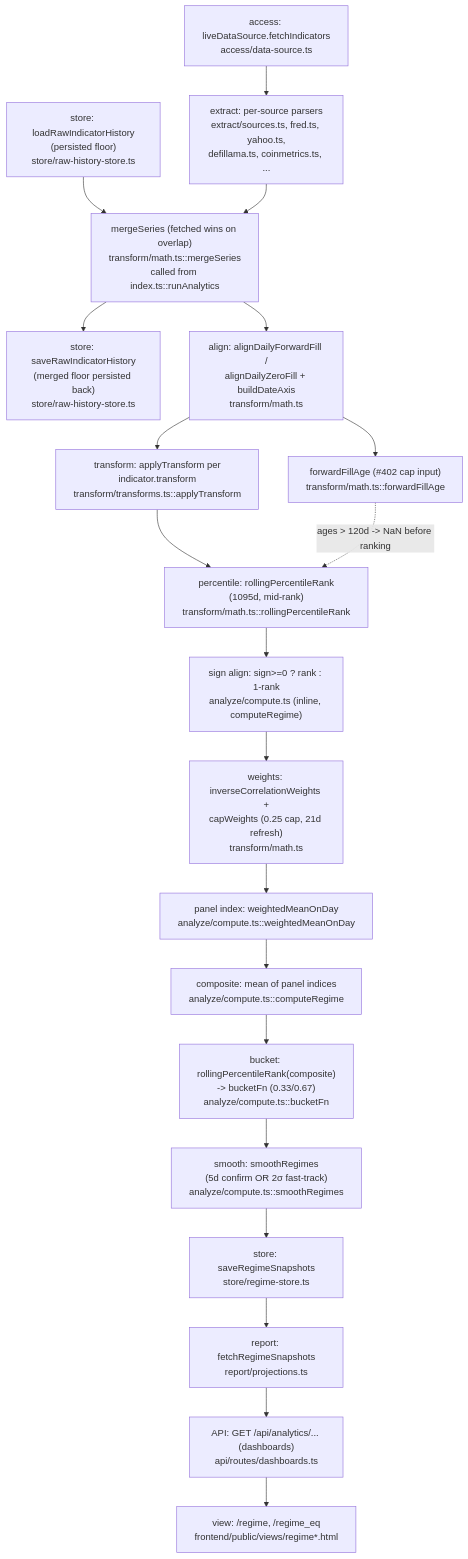
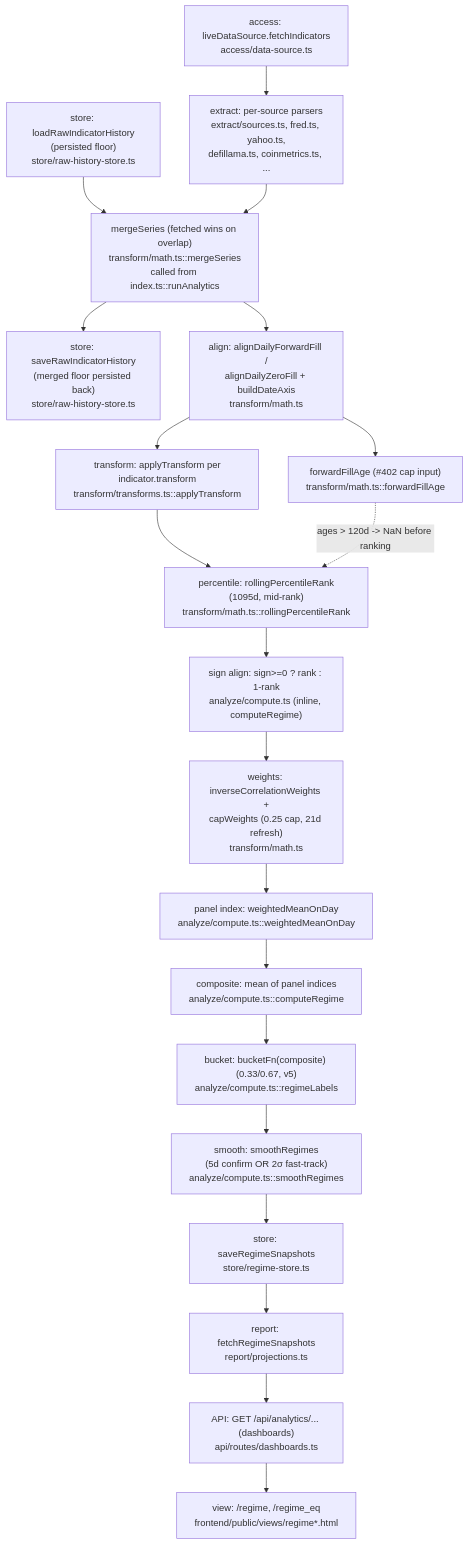
Before and after one commit to robotmoney/robotmoney-frontend: the diagram in docs/technical/regime-engine.md, drawn with Mermaid. The commit also changed other lines of this file and 29 other files, not shown here.

First line of the commit message:
fix(regime): cut the label on the composite, not on a second ranking of it (methodology v5)

````diff
--- a/docs/technical/regime-engine.md
+++ b/docs/technical/regime-engine.md
@@ -280,22 +297,22 @@
 ```mermaid
 flowchart TD
     A["access: liveDataSource.fetchIndicators\naccess/data-source.ts"] --> B["extract: per-source parsers\nextract/sources.ts, fred.ts, yahoo.ts,\ndefillama.ts, coinmetrics.ts, ..."]
     F["store: loadRawIndicatorHistory\n(persisted floor)\nstore/raw-history-store.ts"] --> M
     B --> M["mergeSeries (fetched wins on overlap)\ntransform/math.ts::mergeSeries\ncalled from index.ts::runAnalytics"]
     M --> G["store: saveRawIndicatorHistory\n(merged floor persisted back)\nstore/raw-history-store.ts"]
     M --> H["align: alignDailyForwardFill /\nalignDailyZeroFill + buildDateAxis\ntransform/math.ts"]
     H --> I["transform: applyTransform per\nindicator.transform\ntransform/transforms.ts::applyTransform"]
     H --> AGE["forwardFillAge (#402 cap input)\ntransform/math.ts::forwardFillAge"]
     I --> J["percentile: rollingPercentileRank\n(1095d, mid-rank)\ntransform/math.ts::rollingPercentileRank"]
     AGE -. "ages > 120d -> NaN before ranking" .-> J
     J --> K["sign align: sign>=0 ? rank : 1-rank\nanalyze/compute.ts (inline, computeRegime)"]
     K --> L["weights: inverseCorrelationWeights +\ncapWeights (0.25 cap, 21d refresh)\ntransform/math.ts"]
     L --> N["panel index: weightedMeanOnDay\nanalyze/compute.ts::weightedMeanOnDay"]
     N --> O["composite: mean of panel indices\nanalyze/compute.ts::computeRegime"]
-    O --> P["bucket: rollingPercentileRank(composite)\n-> bucketFn (0.33/0.67)\nanalyze/compute.ts::bucketFn"]
+    O --> P["bucket: bucketFn(composite) (0.33/0.67, v5)\nanalyze/compute.ts::regimeLabels"]
     P --> Q["smooth: smoothRegimes\n(5d confirm OR 2σ fast-track)\nanalyze/compute.ts::smoothRegimes"]
     Q --> R["store: saveRegimeSnapshots\nstore/regime-store.ts"]
     R --> S["report: fetchRegimeSnapshots\nreport/projections.ts"]
     S --> T["API: GET /api/analytics/... (dashboards)\napi/routes/dashboards.ts"]
     T --> U["view: /regime, /regime_eq\nfrontend/public/views/regime*.html"]
 ```
````
